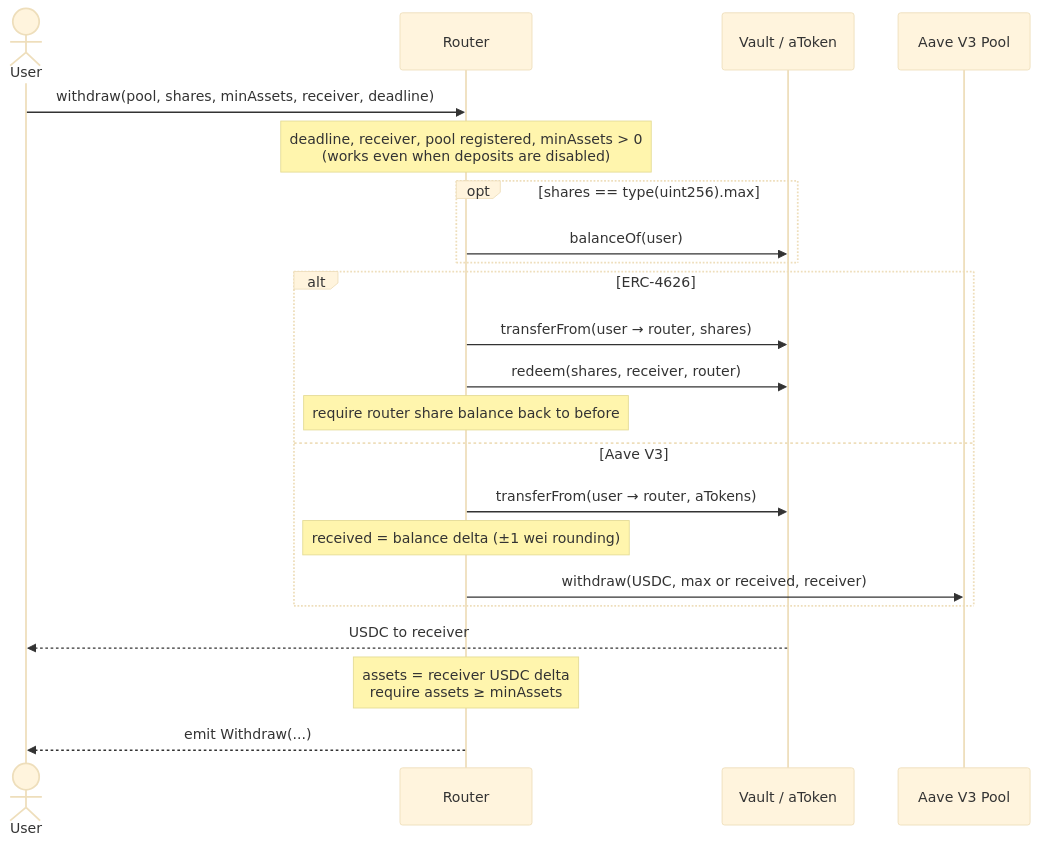
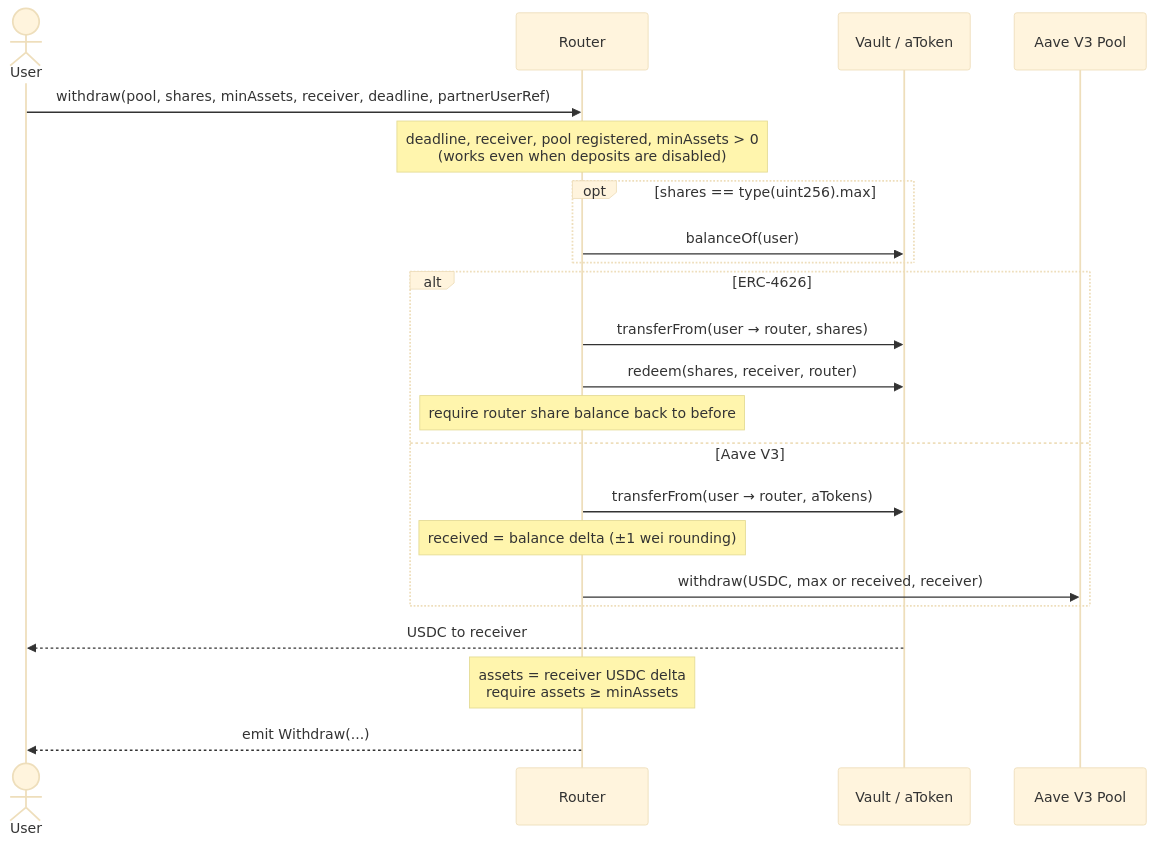
Before and after one commit to unodev-core/restake-router-defi: the third of 7 diagrams in README.md, drawn with Mermaid (base theme). The commit also changed other lines of this file and 17 other files, not shown here.

First line of the commit message:
feat: Update router functions to include user reference parameter

````diff
--- a/README.md
+++ b/README.md
@@ -90,25 +90,25 @@
 ```mermaid
 sequenceDiagram
     actor User
     participant Router
     participant Pool as Vault / aToken
     participant Aave as Aave V3 Pool
 
-    User->>Router: withdraw(pool, shares, minAssets, receiver, deadline)
+    User->>Router: withdraw(pool, shares, minAssets, receiver, deadline, partnerUserRef)
     Note over Router: deadline, receiver, pool registered, minAssets > 0<br/>(works even when deposits are disabled)
     opt shares == type(uint256).max
         Router->>Pool: balanceOf(user)
     end
     alt ERC-4626
         Router->>Pool: transferFrom(user → router, shares)
         Router->>Pool: redeem(shares, receiver, router)
         Note over Router: require router share balance back to before
     else Aave V3
         Router->>Pool: transferFrom(user → router, aTokens)
         Note over Router: received = balance delta (±1 wei rounding)
         Router->>Aave: withdraw(USDC, max or received, receiver)
     end
     Pool-->>User: USDC to receiver
     Note over Router: assets = receiver USDC delta<br/>require assets ≥ minAssets
     Router-->>User: emit Withdraw(...)
 ```
````
